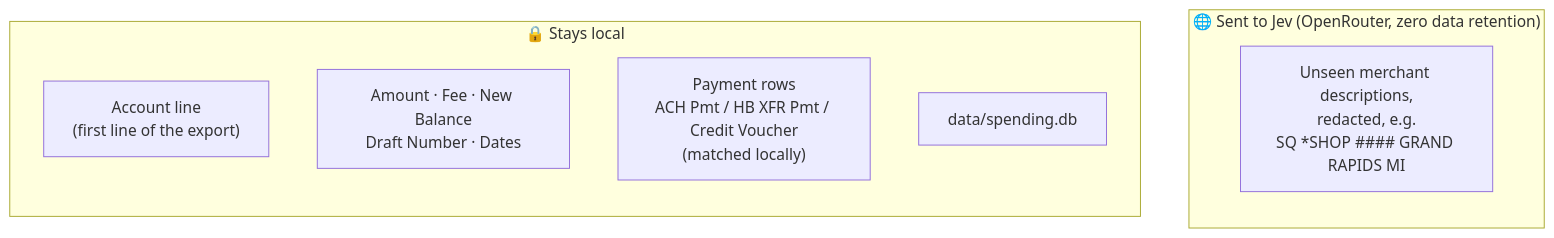
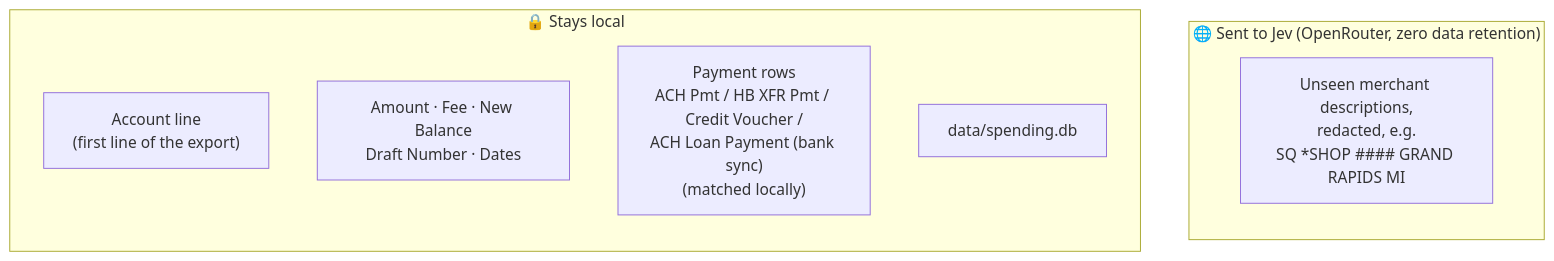
The fourth of 6 diagrams in STRUCTURE.md (alessandrofelici/spending-tracker), drawn with Mermaid before and after one commit. The commit also changed other lines of this file and 21 other files, not shown here.

First line of the commit message:
feat: sync bank transactions through Plaid when the dashboard opens (#20)

````diff
--- a/STRUCTURE.md
+++ b/STRUCTURE.md
@@ -158,14 +192,14 @@
 ```mermaid
 flowchart LR
     subgraph LOCAL["🔒 Stays local"]
         direction TB
         a1["Account line<br/>(first line of the export)"]
         a2["Amount · Fee · New Balance<br/>Draft Number · Dates"]
-        a3["Payment rows<br/>ACH Pmt / HB XFR Pmt / Credit Voucher<br/>(matched locally)"]
+        a3["Payment rows<br/>ACH Pmt / HB XFR Pmt / Credit Voucher /<br/>ACH Loan Payment (bank sync)<br/>(matched locally)"]
         a4["data/spending.db"]
     end
     subgraph SENT["🌐 Sent to Jev (OpenRouter, zero data retention)"]
         b1["Unseen merchant descriptions,<br/>redacted, e.g.<br/>SQ *SHOP #### GRAND RAPIDS MI"]
     end
     LOCAL ~~~ SENT
 ```
````
